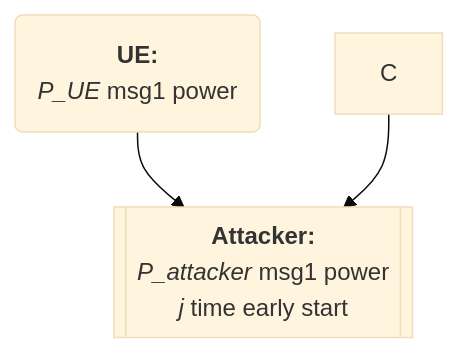
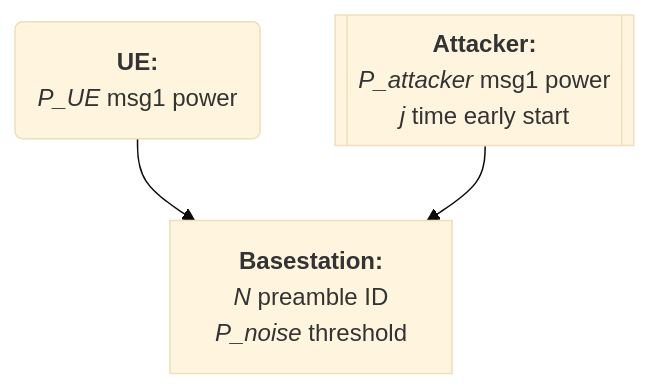
One commit to bmw-ece-ntust/wilfrid-prach-attack-analysis changed the second of 2 diagrams in docs/20250310 Thesis (Basic Msg1 Model).md. Above: the diagram before and after it, drawn with Mermaid (base theme).

Commit message:
Update 20250310 Thesis (Basic Msg1 Model).md

````diff
--- a/docs/20250310 Thesis (Basic Msg1 Model).md
+++ b/docs/20250310 Thesis (Basic Msg1 Model).md
@@ -31,13 +31,13 @@
 ```mermaid
 flowchart TD
     A["`**Basestation:**
     *N* preamble ID
     *P_noise* threshold`"]
     B("`**UE:**
     *P_UE* msg1 power`")
-    A[["`**Attacker:**
+    C[["`**Attacker:**
     *P_attacker* msg1 power
     *j* time early start`"]]
     B-->A
     C-->A
 ```
````
